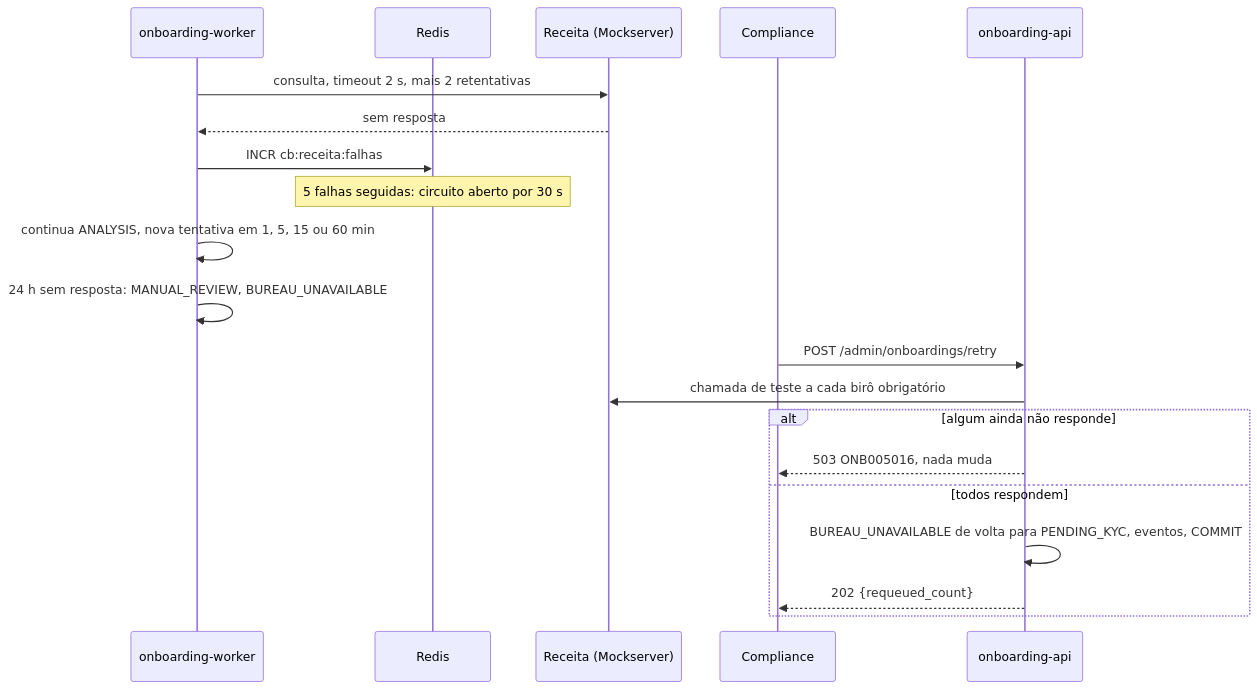
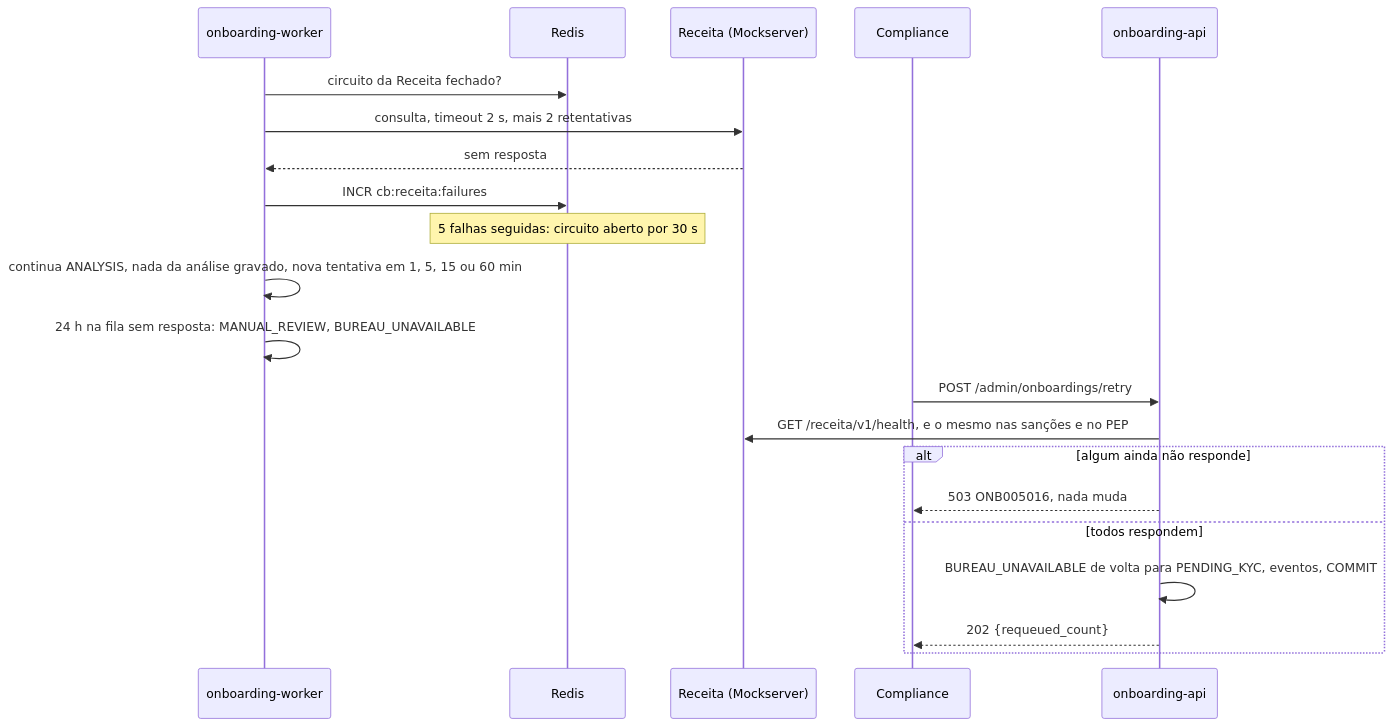
Before and after one commit to eduardoVL123/bootcampQitech_bancoDigital: the tenth of 14 diagrams in docs/rfc/05-onboarding-api.md, drawn with Mermaid. The commit also changed other lines of this file and 25 other files, not shown here.

````diff
--- a/docs/rfc/05-onboarding-api.md
+++ b/docs/rfc/05-onboarding-api.md
@@ -582,22 +583,23 @@
 ```mermaid
 sequenceDiagram
     participant W as onboarding-worker
     participant R as Redis
     participant RF as Receita (Mockserver)
     participant K as Compliance
     participant O as onboarding-api
+    W->>R: circuito da Receita fechado?
     W->>RF: consulta, timeout 2 s, mais 2 retentativas
     RF-->>W: sem resposta
-    W->>R: INCR cb:receita:falhas
+    W->>R: INCR cb:receita:failures
     Note over R: 5 falhas seguidas: circuito aberto por 30 s
-    W->>W: continua ANALYSIS, nova tentativa em 1, 5, 15 ou 60 min
-    W->>W: 24 h sem resposta: MANUAL_REVIEW, BUREAU_UNAVAILABLE
+    W->>W: continua ANALYSIS, nada da análise gravado, nova tentativa em 1, 5, 15 ou 60 min
+    W->>W: 24 h na fila sem resposta: MANUAL_REVIEW, BUREAU_UNAVAILABLE
     K->>O: POST /admin/onboardings/retry
-    O->>RF: chamada de teste a cada birô obrigatório
+    O->>RF: GET /receita/v1/health, e o mesmo nas sanções e no PEP
     alt algum ainda não responde
         O-->>K: 503 ONB005016, nada muda
     else todos respondem
         O->>O: BUREAU_UNAVAILABLE de volta para PENDING_KYC, eventos, COMMIT
         O-->>K: 202 {requeued_count}
     end
 ```
````
